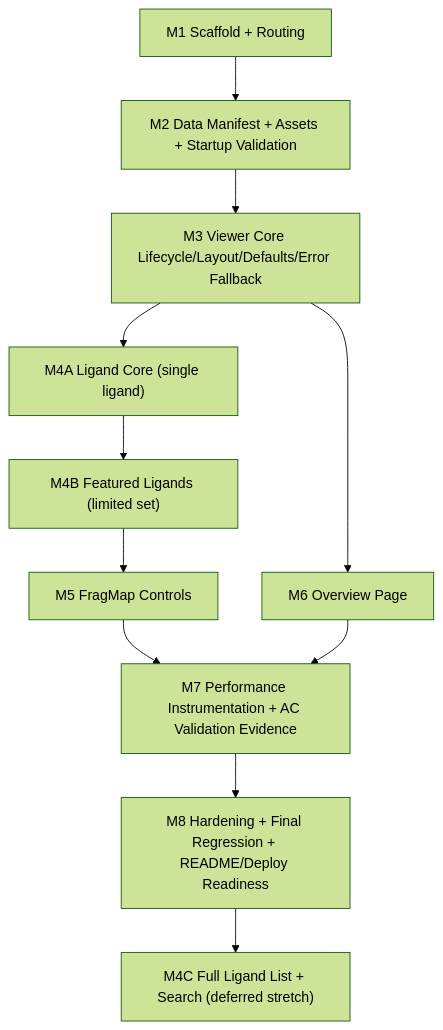
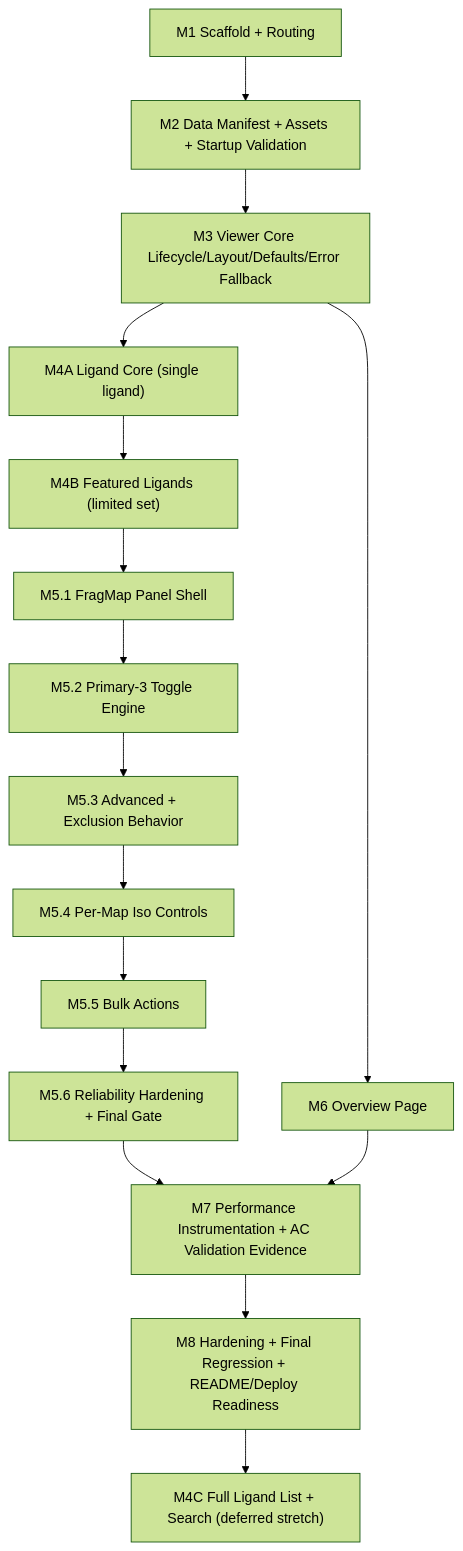
The diagram in docs/plans/execution-plan.md (ArvindRamachandran14/silcs-fragmaps-demo), drawn with Mermaid (forest theme) before and after one commit. The commit also changed other lines of this file and 5 other files, not shown here.

Commit message:
docs(plan): split M5.4 into ISO and bulk slices; renumber to M5.6

````diff
--- a/docs/plans/execution-plan.md
+++ b/docs/plans/execution-plan.md
@@ -70,13 +76,18 @@
 ```mermaid
 flowchart TD
     M1["M1 Scaffold + Routing"] --> M2["M2 Data Manifest + Assets + Startup Validation"]
     M2 --> M3["M3 Viewer Core Lifecycle/Layout/Defaults/Error Fallback"]
     M3 --> M4A["M4A Ligand Core (single ligand)"]
     M4A --> M4B["M4B Featured Ligands (limited set)"]
-    M4B --> M5["M5 FragMap Controls"]
+    M4B --> M51["M5.1 FragMap Panel Shell"]
+    M51 --> M52["M5.2 Primary-3 Toggle Engine"]
+    M52 --> M53["M5.3 Advanced + Exclusion Behavior"]
+    M53 --> M54["M5.4 Per-Map Iso Controls"]
+    M54 --> M55["M5.5 Bulk Actions"]
+    M55 --> M56["M5.6 Reliability Hardening + Final Gate"]
     M3 --> M6["M6 Overview Page"]
-    M5 --> M7["M7 Performance Instrumentation + AC Validation Evidence"]
+    M56 --> M7["M7 Performance Instrumentation + AC Validation Evidence"]
     M6 --> M7
     M7 --> M8["M8 Hardening + Final Regression + README/Deploy Readiness"]
     M8 --> M4C["M4C Full Ligand List + Search (deferred stretch)"]
 ```
````
